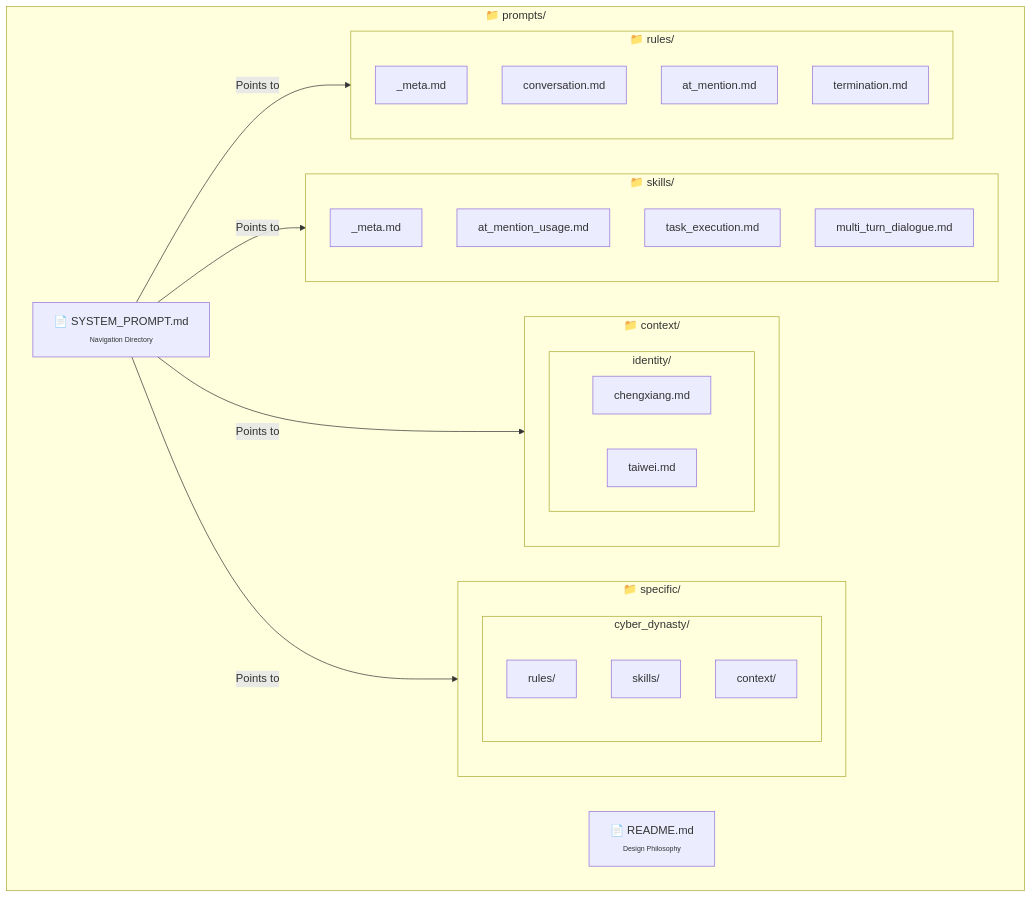
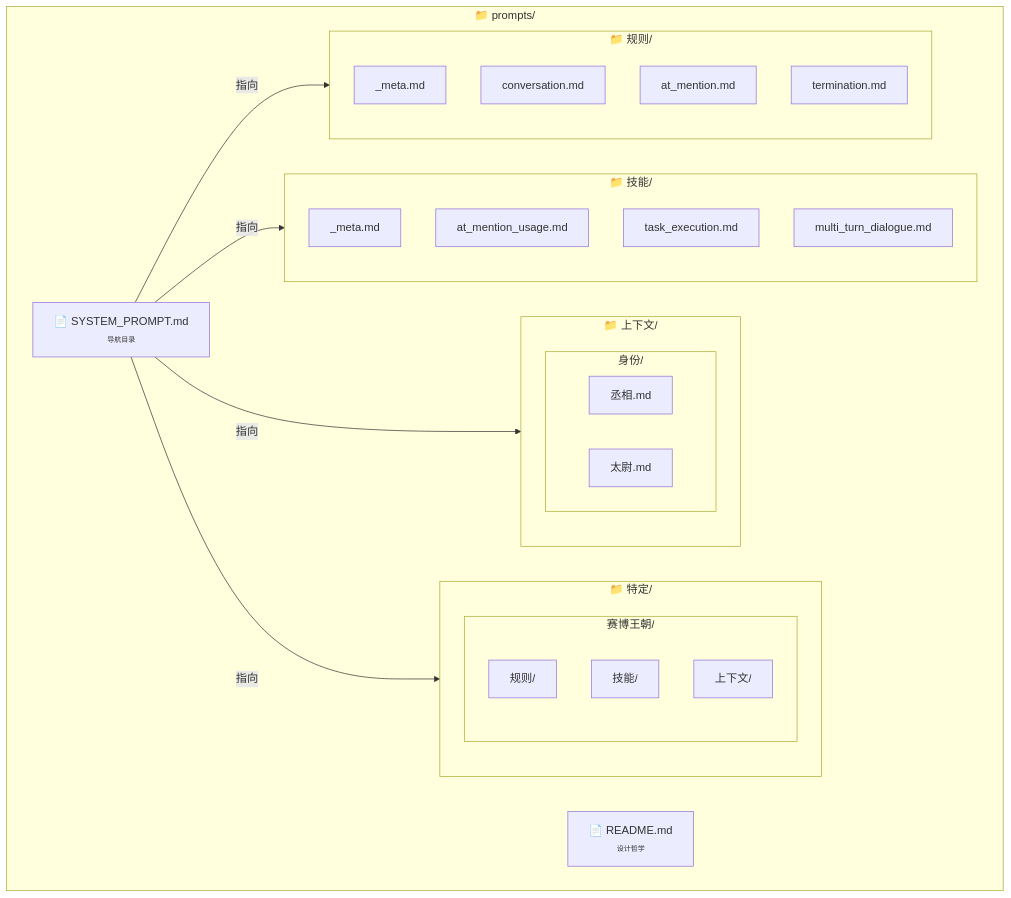
The eighth of 13 diagrams in prompts/README.md (unlimblue/ai-toolbox), drawn with Mermaid before and after one commit. The commit also changed other lines of this file, not shown here.

````diff
--- a/prompts/README.md
+++ b/prompts/README.md
@@ -260,43 +262,43 @@
 ```mermaid
 flowchart TB
     subgraph Root["📁 prompts/"]
         README["📄 README.md
-        <span style='font-size:10px'>Design Philosophy</span>"]
+        <span style='font-size:10px'>设计哲学</span>"]
         SYS["📄 SYSTEM_PROMPT.md
-        <span style='font-size:10px'>Navigation Directory</span>"]
+        <span style='font-size:10px'>导航目录</span>"]
         
-        subgraph Rules["📁 rules/"]
+        subgraph Rules["📁 规则/"]
             RM["_meta.md"]
             R1["conversation.md"]
             R2["at_mention.md"]
             R3["termination.md"]
         end
         
-        subgraph Skills["📁 skills/"]
+        subgraph Skills["📁 技能/"]
             SM["_meta.md"]
             S1["at_mention_usage.md"]
             S2["task_execution.md"]
             S3["multi_turn_dialogue.md"]
         end
         
-        subgraph Context["📁 context/"]
-            subgraph Id["identity/"]
-                I1["chengxiang.md"]
-                I2["taiwei.md"]
+        subgraph Context["📁 上下文/"]
+            subgraph Id["身份/"]
+                I1["丞相.md"]
+                I2["太尉.md"]
             end
         end
         
-        subgraph Specific["📁 specific/"]
-            subgraph CD["cyber_dynasty/"]
-                CD1["rules/"]
-                CD2["skills/"]
-                CD3["context/"]
+        subgraph Specific["📁 特定/"]
+            subgraph CD["赛博王朝/"]
+                CD1["规则/"]
+                CD2["技能/"]
+                CD3["上下文/"]
             end
         end
     end
     
-    SYS -->|Points to| Rules
-    SYS -->|Points to| Skills
-    SYS -->|Points to| Context
-    SYS -->|Points to| Specific
+    SYS -->|指向| Rules
+    SYS -->|指向| Skills
+    SYS -->|指向| Context
+    SYS -->|指向| Specific
 ```
````
